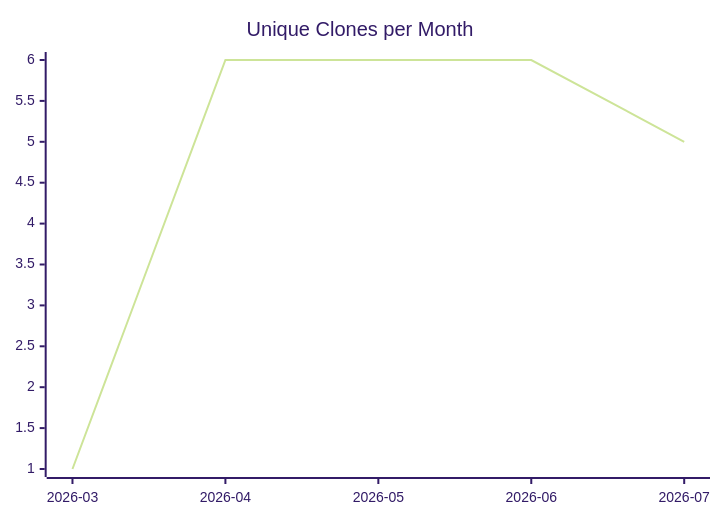
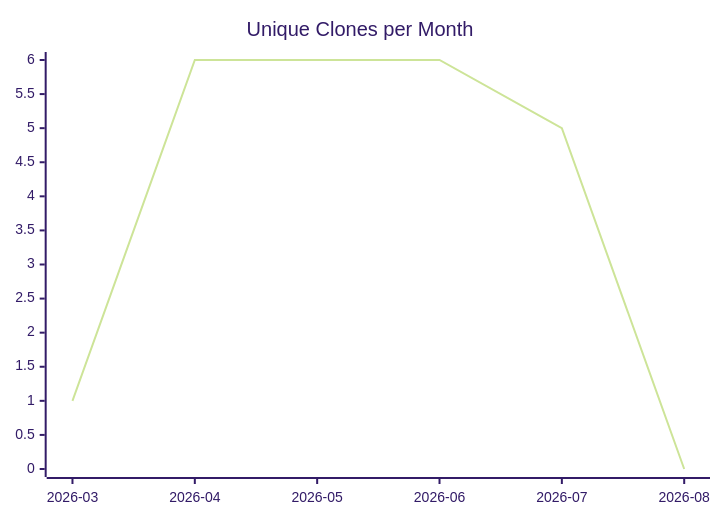
One commit to justdavis-family/github-analytics-data changed the third of 3 diagrams in karlmdavis/hapi-fhir-jpaserver-starter/README.md. Above: the diagram before and after it, drawn with Mermaid (forest theme). The commit also changed other lines of this file and 180 other files, not shown here.

````diff
--- a/karlmdavis/hapi-fhir-jpaserver-starter/README.md
+++ b/karlmdavis/hapi-fhir-jpaserver-starter/README.md
@@ -19,6 +19,6 @@
 ```mermaid
 xychart-beta
   title "Unique Clones per Month"
-  x-axis ["2026-03", "2026-04", "2026-05", "2026-06", "2026-07"]
-  line [1, 6, 6, 6, 5]
+  x-axis ["2026-03", "2026-04", "2026-05", "2026-06", "2026-07", "2026-08"]
+  line [1, 6, 6, 6, 5, 0]
 ```
````
